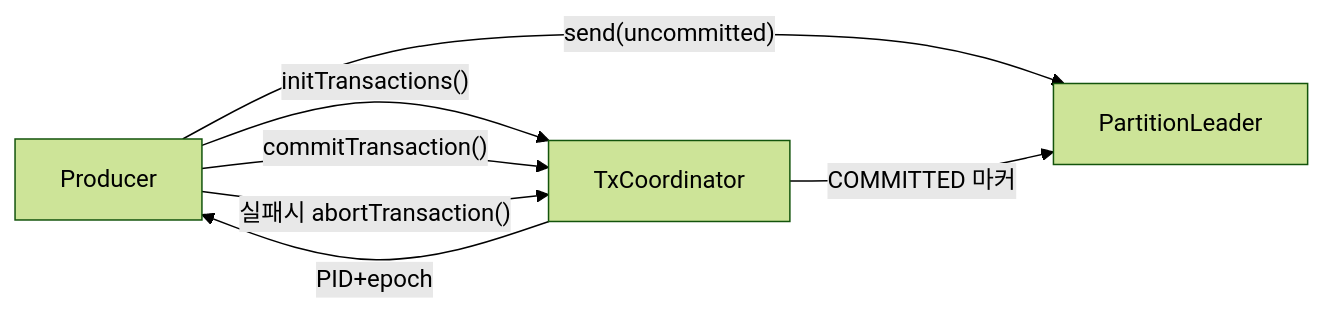
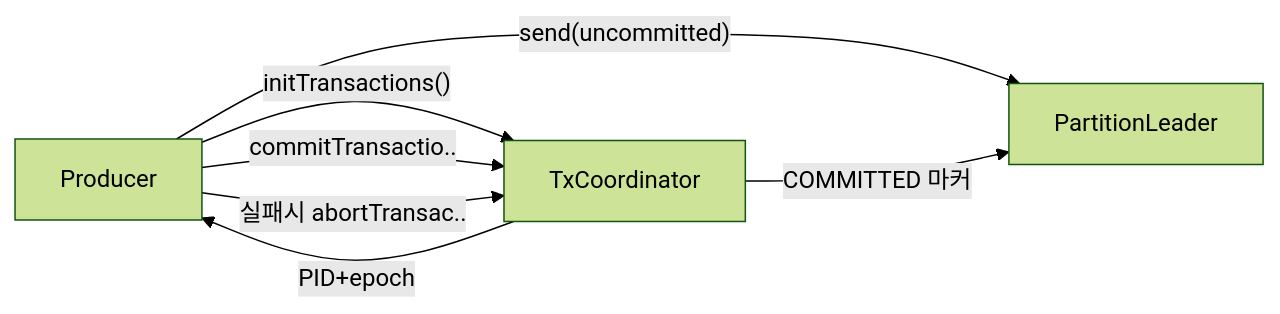
Before and after one commit to yjkim2015/yjkim2015.github.io: the ninth of 13 diagrams in _posts/kafka/2026-05-01-kafka-internals.md, drawn with Mermaid (forest theme). The commit also changed other lines of this file and 132 other files, not shown here.

First line of the commit message:
Mermaid 다이어그램 가독성 정리: 단순 제거, 노드 축소, TD→LR 변환

````diff
--- a/_posts/kafka/2026-05-01-kafka-internals.md
+++ b/_posts/kafka/2026-05-01-kafka-internals.md
@@ -412,9 +377,9 @@
 ```mermaid
 graph LR
     P["Producer"] -->|"initTransactions()"| TC["TxCoordinator"]
     TC -->|"PID+epoch"| P
     P -->|"send(uncommitted)"| PL["PartitionLeader"]
-    P -->|"commitTransaction()"| TC
+    P -->|commitTransactio..| TC
     TC -->|"COMMITTED 마커"| PL
-    P -->|"실패시 abortTransaction()"| TC
+    P -->|실패시 abortTransac..| TC
 ```
````
